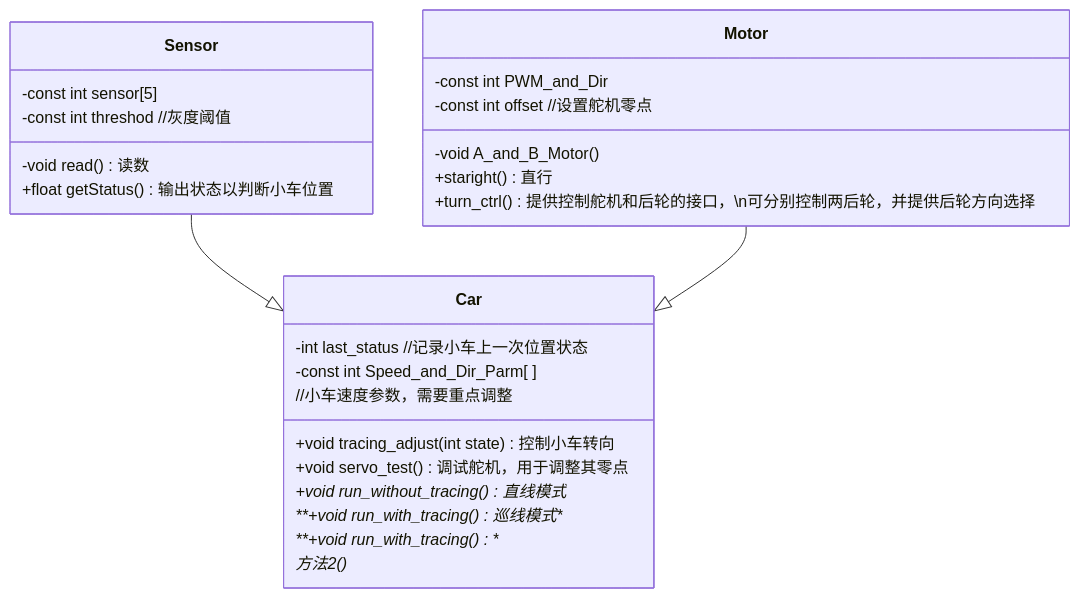
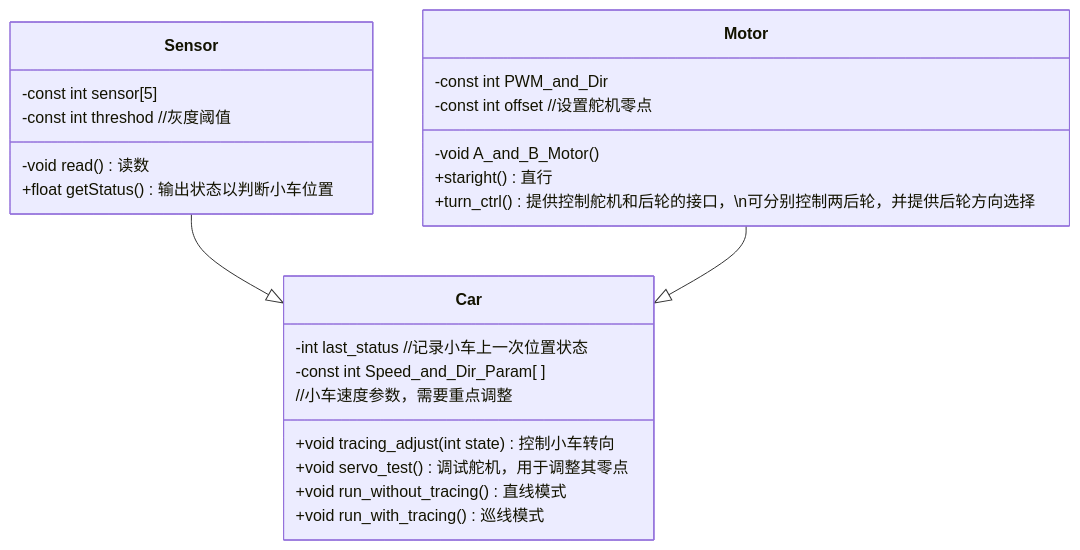
One commit to 0kitasan/TracingCar changed the first of 2 diagrams in README.md. Above: the diagram before and after it, drawn with Mermaid. The commit also changed other lines of this file, not shown here.

Commit message:
mermaid6

````diff
--- a/README.md
+++ b/README.md
@@ -8,30 +11,28 @@
 ``` mermaid
 classDiagram
     Sensor --|> Car
     Motor --|> Car
     class Sensor{
         -const int sensor[5]
         -const int threshod //灰度阈值
         -void read() 读数
         +float getStatus() 输出状态以判断小车位置
     }
     class Motor{
         -const int PWM_and_Dir
         -const int offset //设置舵机零点
         
         -void A_and_B_Motor()
         +staright() 直行
         +turn_ctrl() 提供控制舵机和后轮的接口，\n可分别控制两后轮，并提供后轮方向选择
     }
     class Car{
         -int last_status //记录小车上一次位置状态
-        -const int Speed_and_Dir_Parm[ ] 
+        -const int Speed_and_Dir_Param[ ] 
         //小车速度参数，需要重点调整
         +void tracing_adjust(int state) 控制小车转向
         +void servo_test() 调试舵机，用于调整其零点
-        +void run_without_tracing() 直线模式*
-        **+void run_with_tracing() 巡线模式**
-        **+void run_with_tracing()**
-        方法2()*
+        +void run_without_tracing() 直线模式
+        +void run_with_tracing() 巡线模式
     }
 ```
````
